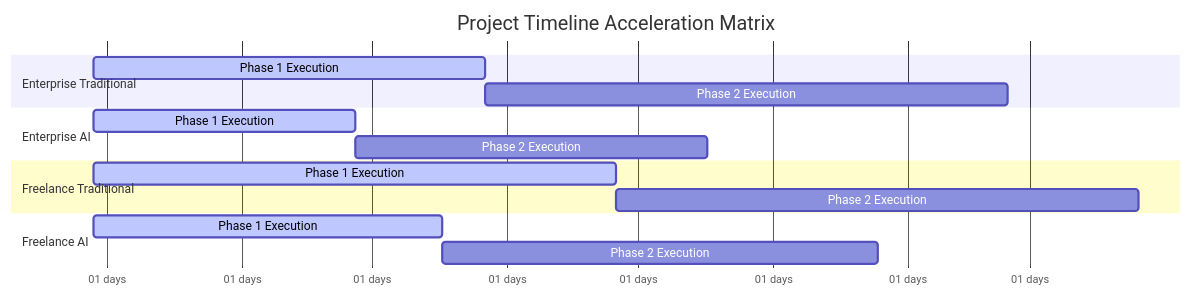
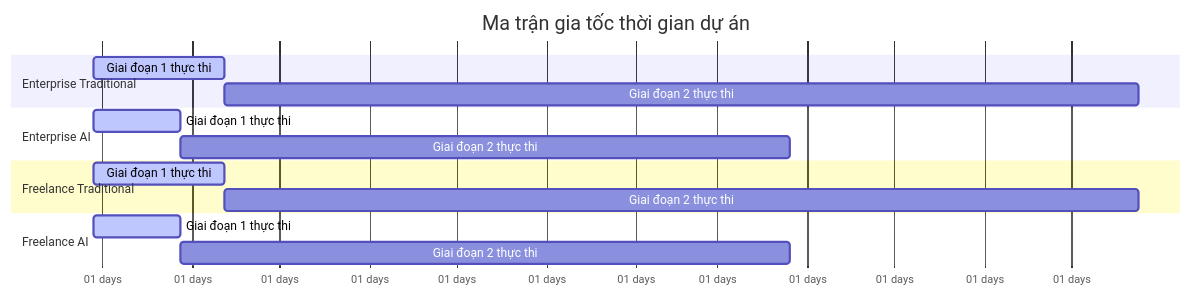
The second of 3 diagrams in sources/storage/estimation/membership-hub/enterprise-estimation.md (hainguyen81/ai-scraper), drawn with Mermaid before and after one commit. The commit also changed other lines of this file and 4 other files, not shown here.

````diff
--- a/sources/storage/estimation/membership-hub/enterprise-estimation.md
+++ b/sources/storage/estimation/membership-hub/enterprise-estimation.md
@@ -141,18 +134,18 @@
 ```mermaid
 gantt
-title Project Timeline Acceleration Matrix
+title Ma trận gia tốc thời gian dự án
 dateFormat YYYY-MM-DD
 axisFormat %d days
 section Enterprise Traditional
-Phase 1 Execution :active, ent_p1, 2026-07-29, 90d
-Phase 2 Execution :ent_p2, after ent_p1, 120d
+Giai đoạn 1 thực thi :active, ent_p1, 2026-07-29, 45d
+Giai đoạn 2 thực thi :ent_p2, after ent_p1, 315d
 section Enterprise AI
-Phase 1 Execution :active, ent_ai1, 2026-07-29, 60d
-Phase 2 Execution :ent_ai2, after ent_ai1, 81d
+Giai đoạn 1 thực thi :active, ent_ai1, 2026-07-29, 30d
+Giai đoạn 2 thực thi :ent_ai2, after ent_ai1, 210d
 section Freelance Traditional
-Phase 1 Execution :active, free_p1, 2026-07-29, 120d
-Phase 2 Execution :free_p2, after free_p1, 120d
+Giai đoạn 1 thực thi :active, free_p1, 2026-07-29, 45d
+Giai đoạn 2 thực thi :free_p2, after free_p1, 315d
 section Freelance AI
-Phase 1 Execution :active, free_ai1, 2026-07-29, 80d
-Phase 2 Execution :free_ai2, after free_ai1, 100d
+Giai đoạn 1 thực thi :active, free_ai1, 2026-07-29, 30d
+Giai đoạn 2 thực thi :free_ai2, after free_ai1, 210d
 ```
````
